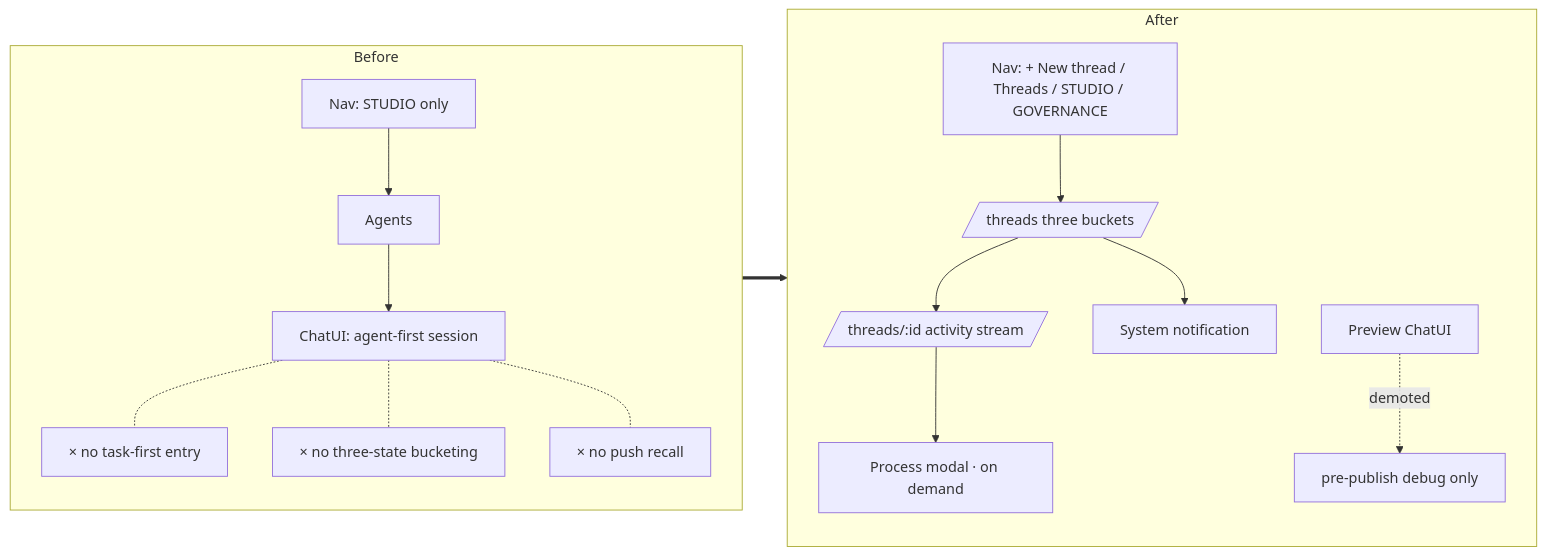
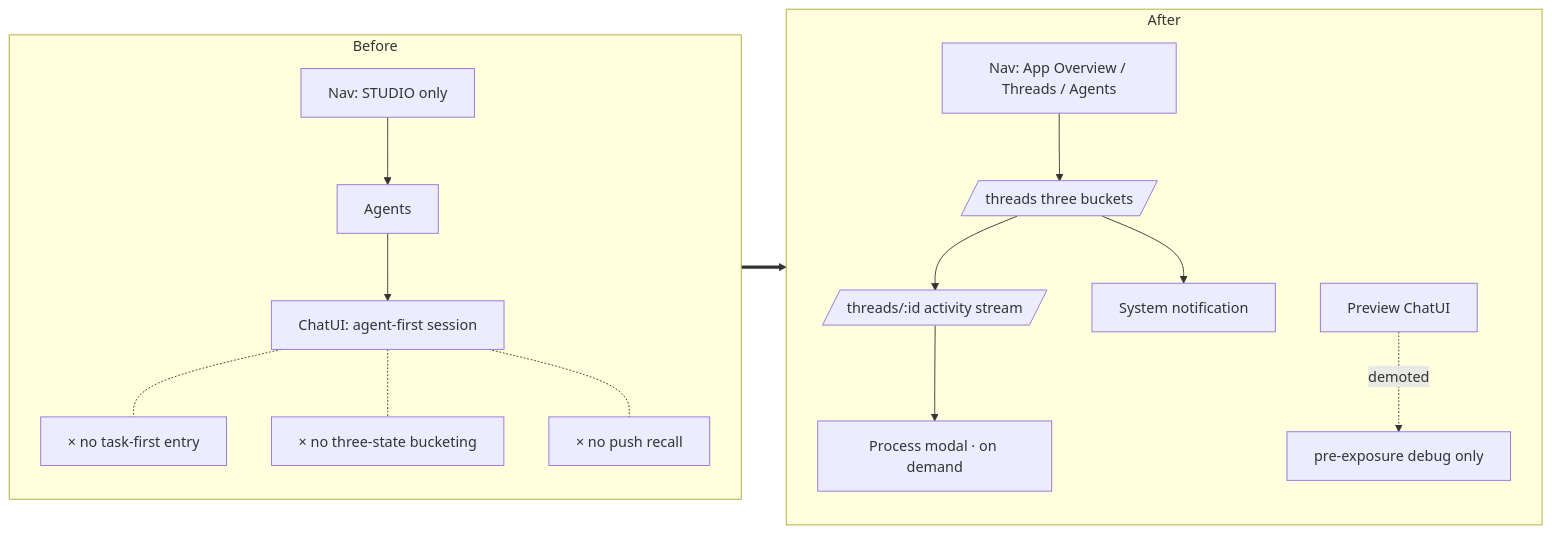
The first of 2 diagrams in docs/prd/default-consumption-surface.md (langgenius/mosoo), drawn with Mermaid before and after one commit. The commit also changed other lines of this file and 71 other files, not shown here.

````diff
--- a/docs/prd/default-consumption-surface.md
+++ b/docs/prd/default-consumption-surface.md
@@ -87,18 +87,18 @@
 ```mermaid
 flowchart LR
   subgraph Before
     BNav[Nav: STUDIO only] --> BAgents[Agents]
     BAgents --> BChat[ChatUI: agent-first session]
     BChat -.- BMiss[× no task-first entry]
     BChat -.- BMiss2[× no three-state bucketing]
     BChat -.- BMiss3[× no push recall]
   end
   subgraph After
-    ANav[Nav: + New thread / Threads / STUDIO / GOVERNANCE] --> AThreads[/threads three buckets/]
+    ANav[Nav: App Overview / Threads / Agents] --> AThreads[/threads three buckets/]
     AThreads --> ADetail[/threads/:id activity stream/]
     ADetail --> AProcess[Process modal · on demand]
     AThreads --> APush[System notification]
-    BChat2[Preview ChatUI] -.demoted.-> APreview[pre-publish debug only]
+    BChat2[Preview ChatUI] -.demoted.-> APreview[pre-exposure debug only]
   end
   Before ==> After
 ```
````
